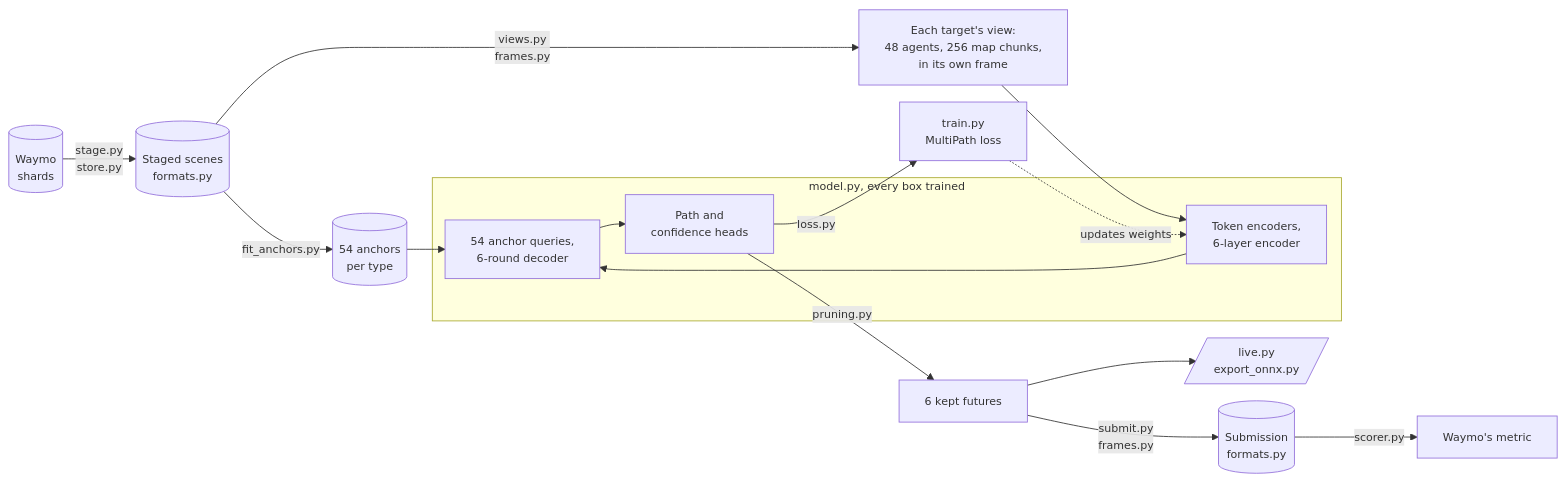
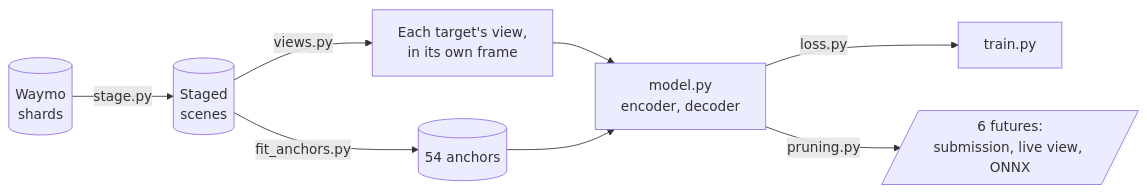
The diagram in README.md (Scott-Grew/MotionNet-avPrediction), drawn with Mermaid before and after one commit.

Commit message:
cut the architecture chart to its main line

````diff
--- a/README.md
+++ b/README.md
@@ -61,17 +61,9 @@
 ```mermaid
-%%{init: {"flowchart": {"nodeSpacing": 20, "rankSpacing": 30}, "themeVariables": {"fontSize": "13px"}}}%%
 flowchart LR
-    RAW[("Waymo<br/>shards")] -->|"stage.py<br/>store.py"| STAGED[("Staged scenes<br/>formats.py")]
-    STAGED -->|fit_anchors.py| ANCHORS[("54 anchors<br/>per type")]
-    STAGED -->|"views.py<br/>frames.py"| VIEW["Each target's view:<br/>48 agents, 256 map chunks,<br/>in its own frame"]
-    subgraph MODEL["model.py, every box trained"]
-        ENCODER["Token encoders,<br/>6-layer encoder"] --> DECODER["54 anchor queries,<br/>6-round decoder"] --> HEADS["Path and<br/>confidence heads"]
-    end
-    VIEW --> ENCODER
-    ANCHORS --> DECODER
-    HEADS -->|loss.py| TRAIN["train.py<br/>MultiPath loss"]
-    TRAIN -.->|updates weights| ENCODER
-    HEADS -->|pruning.py| KEPT["6 kept futures"]
-    KEPT -->|"submit.py<br/>frames.py"| SUBMISSION[("Submission<br/>formats.py")] -->|scorer.py| METRIC["Waymo's metric"]
-    KEPT --> SHOWN[/"live.py<br/>export_onnx.py"/]
+    RAW[("Waymo<br/>shards")] -->|stage.py| STAGED[("Staged<br/>scenes")]
+    STAGED -->|views.py| VIEW["Each target's view,<br/>in its own frame"]
+    STAGED -->|fit_anchors.py| ANCHORS[("54 anchors")]
+    VIEW & ANCHORS --> MODEL["model.py<br/>encoder, decoder"]
+    MODEL -->|loss.py| TRAIN["train.py"]
+    MODEL -->|pruning.py| OUT[/"6 futures:<br/>submission, live view, ONNX"/]
 ```
````
